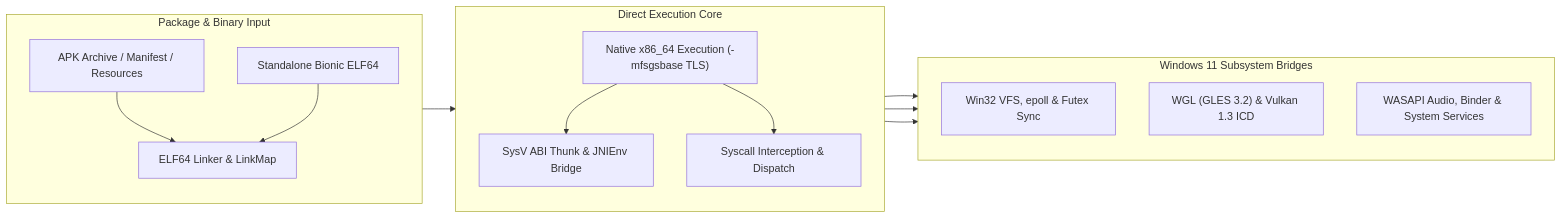
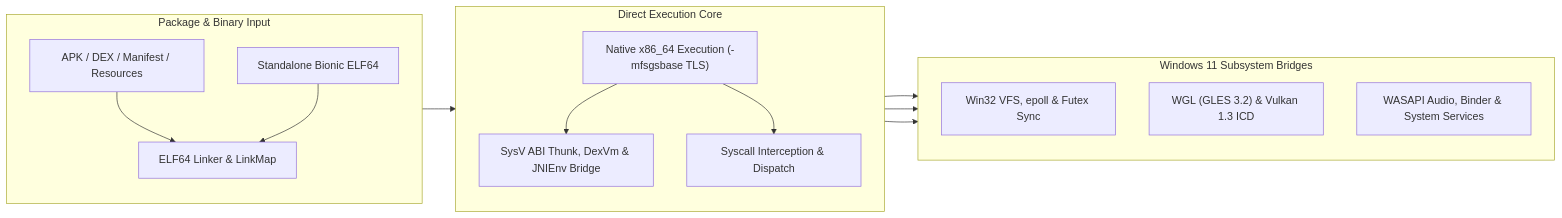
The diagram in README.md (islahulkafa/portage), drawn with Mermaid before and after one commit. The commit also changed other lines of this file and 92 other files, not shown here.

````diff
--- a/README.md
+++ b/README.md
@@ -94,22 +94,22 @@
 ```mermaid
 flowchart LR
     subgraph Input ["Package & Binary Input"]
         direction TB
-        APK["APK Archive / Manifest / Resources"] --> Linker["ELF64 Linker & LinkMap"]
+        APK["APK / DEX / Manifest / Resources"] --> Linker["ELF64 Linker & LinkMap"]
         ELF["Standalone Bionic ELF64"] --> Linker
     end
 
     subgraph Runtime ["Direct Execution Core"]
         direction TB
         Linker --> CPU["Native x86_64 Execution (-mfsgsbase TLS)"]
-        CPU --> Thunks["SysV ABI Thunk & JNIEnv Bridge"]
+        CPU --> Thunks["SysV ABI Thunk, DexVm & JNIEnv Bridge"]
         CPU --> Rewrite["Syscall Interception & Dispatch"]
     end
 
     subgraph Host ["Windows 11 Subsystem Bridges"]
         direction TB
         Rewrite --> Win32FS["Win32 VFS, epoll & Futex Sync"]
         Thunks --> Graphics["WGL (GLES 3.2) & Vulkan 1.3 ICD"]
         Thunks --> Services["WASAPI Audio, Binder & System Services"]
     end
 ```
````
